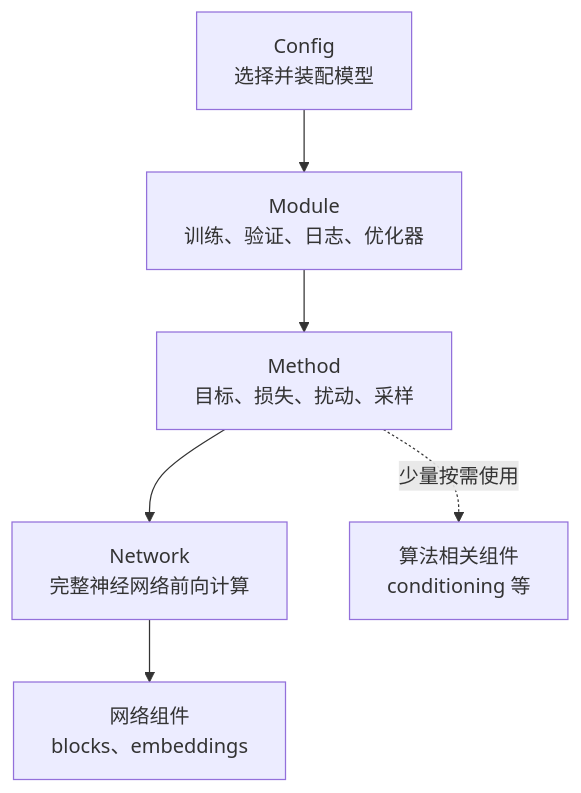
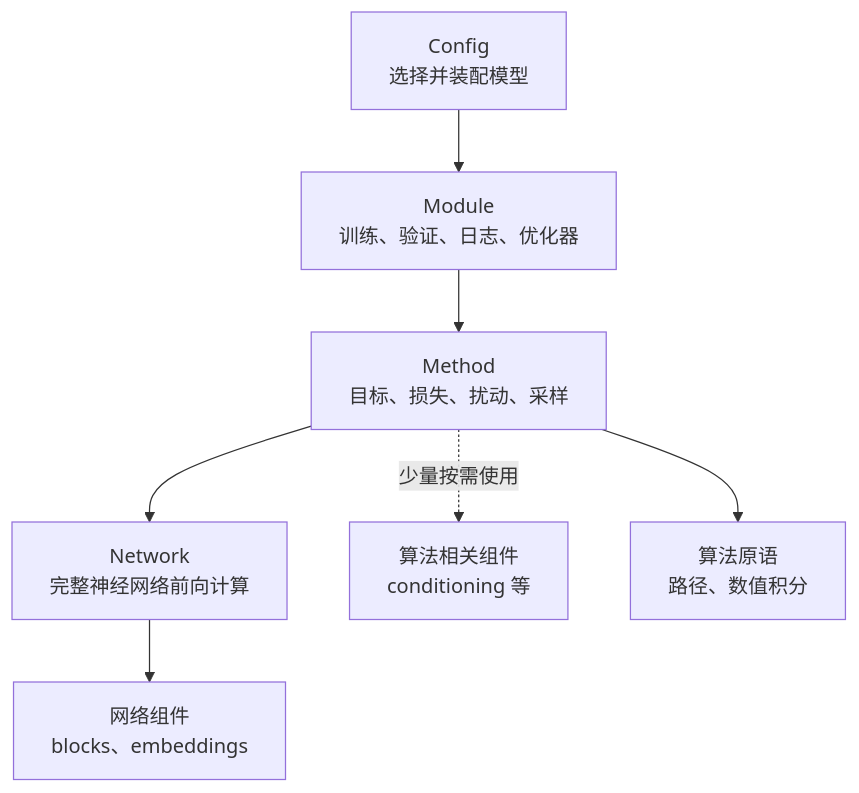
The first of 3 diagrams in docs/architecture/src_models结构说明.md (TomCatWithSuger/Paper1), drawn with Mermaid before and after one commit. The commit also changed other lines of this file and 188 other files, not shown here.

````diff
--- a/docs/architecture/src_models结构说明.md
+++ b/docs/architecture/src_models结构说明.md
@@ -24,15 +28,17 @@
 ```mermaid
 flowchart TD
     Config["Config<br/>选择并装配模型"]
     Module["Module<br/>训练、验证、日志、优化器"]
     Method["Method<br/>目标、损失、扰动、采样"]
     Network["Network<br/>完整神经网络前向计算"]
     NetworkComponent["网络组件<br/>blocks、embeddings"]
     MethodComponent["算法相关组件<br/>conditioning 等"]
+    Algorithms["算法原语<br/>路径、数值积分"]
 
     Config --> Module
     Module --> Method
     Method --> Network
     Network --> NetworkComponent
     Method -.少量按需使用.-> MethodComponent
+    Method --> Algorithms
 ```
````
